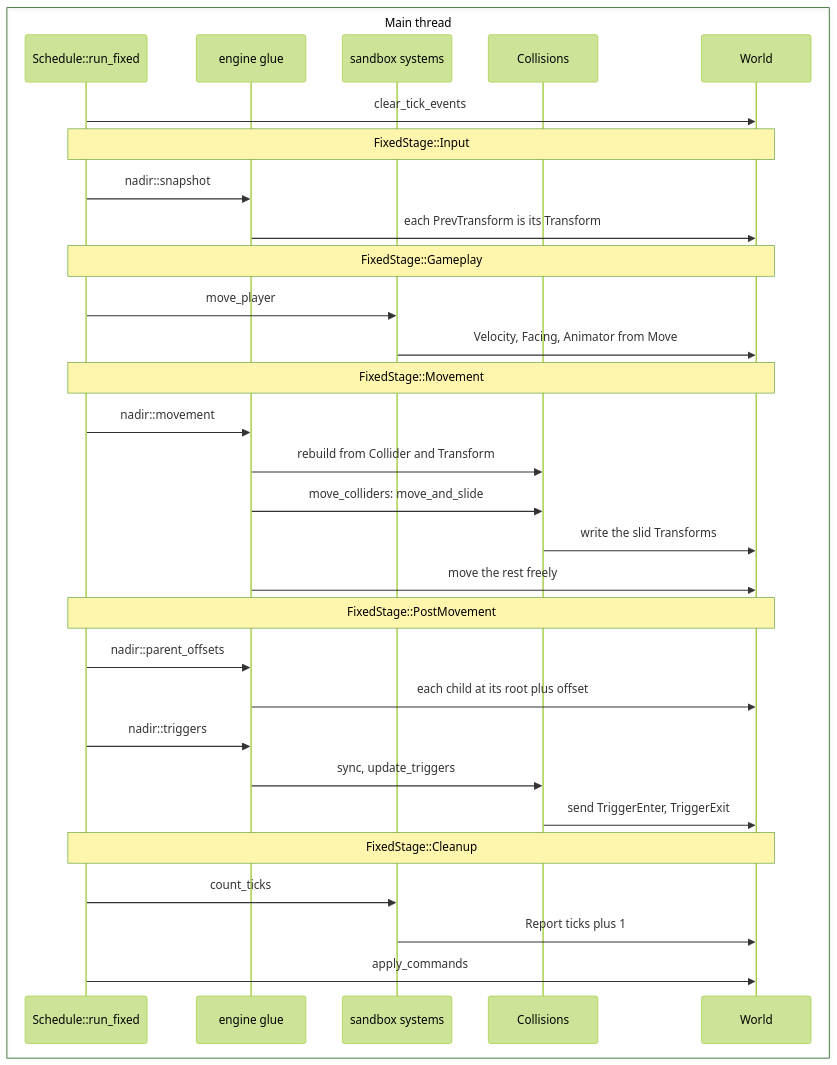
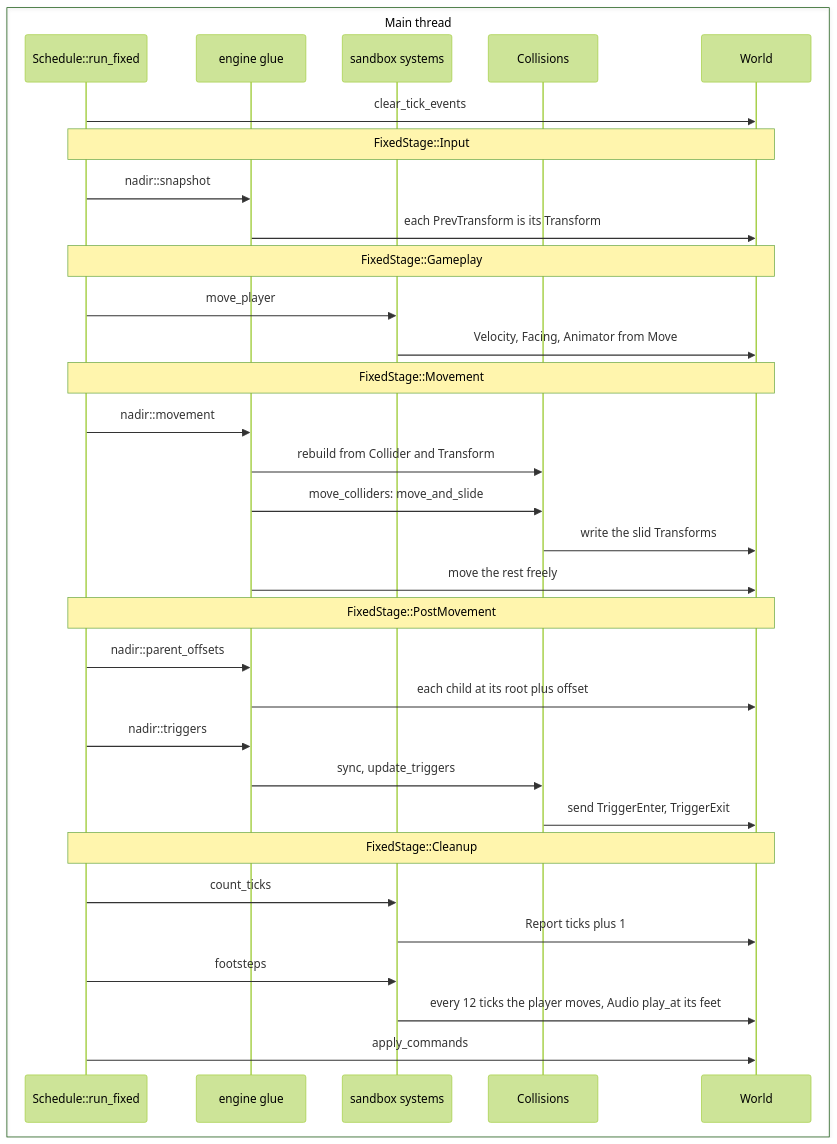
The fifth of 12 diagrams in diagrams/game-loop-sequence.md (jabbott-iii/Nadir), drawn with Mermaid (forest theme) before and after one commit. The commit also changed other lines of this file and 35 other files, not shown here.

````diff
--- a/diagrams/game-loop-sequence.md
+++ b/diagrams/game-loop-sequence.md
@@ -269,34 +294,36 @@
 ```mermaid
 sequenceDiagram
     box Main thread
         participant Sch as Schedule::run_fixed
         participant Eng as engine glue
         participant Game as sandbox systems
         participant Col as Collisions
         participant Wld as World
     end
 
     Sch->>Wld: clear_tick_events
     Note over Sch,Wld: FixedStage::Input
     Sch->>Eng: nadir::snapshot
     Eng->>Wld: each PrevTransform is its Transform
     Note over Sch,Wld: FixedStage::Gameplay
     Sch->>Game: move_player
     Game->>Wld: Velocity, Facing, Animator from Move
     Note over Sch,Wld: FixedStage::Movement
     Sch->>Eng: nadir::movement
     Eng->>Col: rebuild from Collider and Transform
     Eng->>Col: move_colliders: move_and_slide
     Col->>Wld: write the slid Transforms
     Eng->>Wld: move the rest freely
     Note over Sch,Wld: FixedStage::PostMovement
     Sch->>Eng: nadir::parent_offsets
     Eng->>Wld: each child at its root plus offset
     Sch->>Eng: nadir::triggers
     Eng->>Col: sync, update_triggers
     Col->>Wld: send TriggerEnter, TriggerExit
     Note over Sch,Wld: FixedStage::Cleanup
     Sch->>Game: count_ticks
     Game->>Wld: Report ticks plus 1
+    Sch->>Game: footsteps
+    Game->>Wld: every 12 ticks the player moves, Audio play_at its feet
     Sch->>Wld: apply_commands
 ```
````
